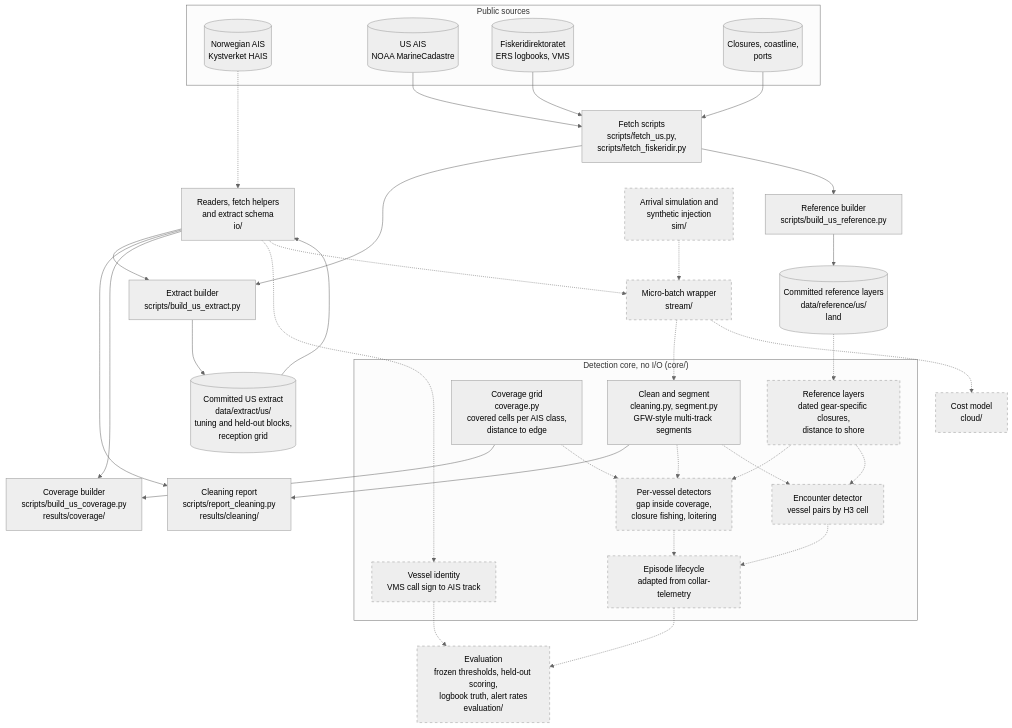
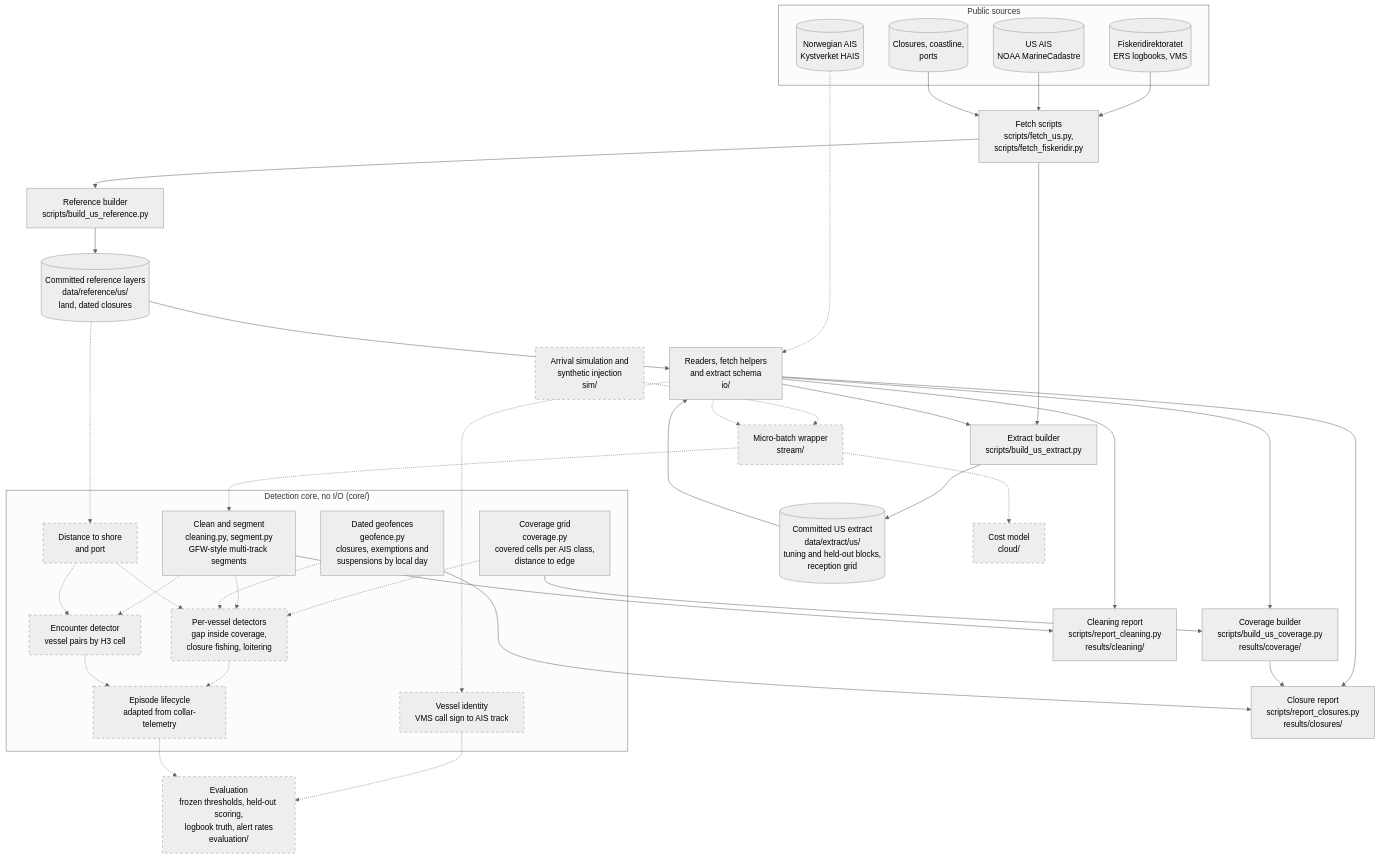
Before and after one commit to benmacp123/vessel-anomaly: the diagram in README.md, drawn with Mermaid (neutral theme). The commit also changed other lines of this file and 15 other files, not shown here.

First line of the commit message:
Implement geofence management for fishing closures

````diff
--- a/README.md
+++ b/README.md
@@ -31,66 +31,73 @@
 ```mermaid
 flowchart TB
     subgraph sources ["Public sources"]
         hais[("Norwegian AIS<br>Kystverket HAIS")]
         noaa[("US AIS<br>NOAA MarineCadastre")]
         fdir[("Fiskeridirektoratet<br>ERS logbooks, VMS")]
         refs[("Closures, coastline,<br>ports")]
     end
 
     fetch["Fetch scripts<br>scripts/fetch_us.py,<br>scripts/fetch_fiskeridir.py"]
     build["Extract builder<br>scripts/build_us_extract.py"]
     extract[("Committed US extract<br>data/extract/us/<br>tuning and held-out blocks,<br>reception grid")]
     io["Readers, fetch helpers<br>and extract schema<br>io/"]
     refbuild["Reference builder<br>scripts/build_us_reference.py"]
-    refdata[("Committed reference layers<br>data/reference/us/<br>land")]
+    refdata[("Committed reference layers<br>data/reference/us/<br>land, dated closures")]
     report["Cleaning report<br>scripts/report_cleaning.py<br>results/cleaning/"]
     covbuild["Coverage builder<br>scripts/build_us_coverage.py<br>results/coverage/"]
+    closrep["Closure report<br>scripts/report_closures.py<br>results/closures/"]
 
     subgraph core ["Detection core, no I/O (core/)"]
         clean["Clean and segment<br>cleaning.py, segment.py<br>GFW-style multi-track segments"]
         coverage["Coverage grid<br>coverage.py<br>covered cells per AIS class,<br>distance to edge"]
-        layers["Reference layers<br>dated gear-specific closures,<br>distance to shore"]
+        geofence["Dated geofences<br>geofence.py<br>closures, exemptions and<br>suspensions by local day"]
+        layers["Distance to shore<br>and port"]
         identity["Vessel identity<br>VMS call sign to AIS track"]
         vessel["Per-vessel detectors<br>gap inside coverage,<br>closure fishing, loitering"]
         encounter["Encounter detector<br>vessel pairs by H3 cell"]
         lifecycle["Episode lifecycle<br>adapted from collar-telemetry"]
     end
 
     sim["Arrival simulation and<br>synthetic injection<br>sim/"]
     stream["Micro-batch wrapper<br>stream/"]
     evaluation["Evaluation<br>frozen thresholds, held-out scoring,<br>logbook truth, alert rates<br>evaluation/"]
     cost["Cost model<br>cloud/"]
 
     fdir --> fetch
     noaa --> fetch
     refs --> fetch
     fetch --> build
     build --> extract
     io --> build
     fetch --> refbuild
     refbuild --> refdata
     hais -.-> io
     refdata -.-> layers
+    refdata --> io
+    io --> closrep
+    geofence --> closrep
+    covbuild --> closrep
     extract --> io
     io --> report
     clean --> report
     io --> covbuild
     coverage --> covbuild
     coverage -.-> vessel
     io -.-> identity
     clean -.-> vessel
     clean -.-> encounter
+    geofence -.-> vessel
     layers -.-> vessel
     layers -.-> encounter
     vessel -.-> lifecycle
     encounter -.-> lifecycle
     identity -.-> evaluation
     sim -.-> stream
     stream -.-> clean
     io -.-> stream
     lifecycle -.-> evaluation
     stream -.-> cost
 
     classDef planned stroke-dasharray: 5 5
     class layers,identity,vessel,encounter,lifecycle,sim,stream,evaluation,cost planned
 ```
````
